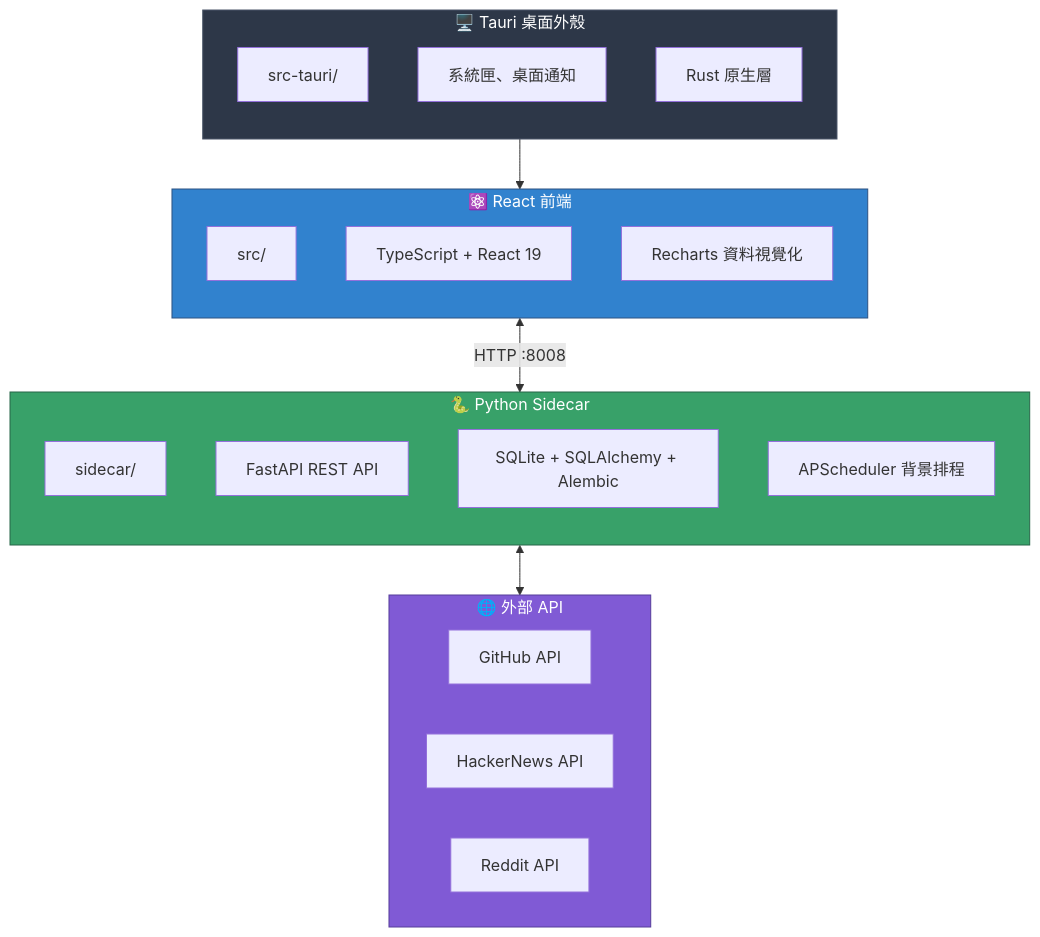
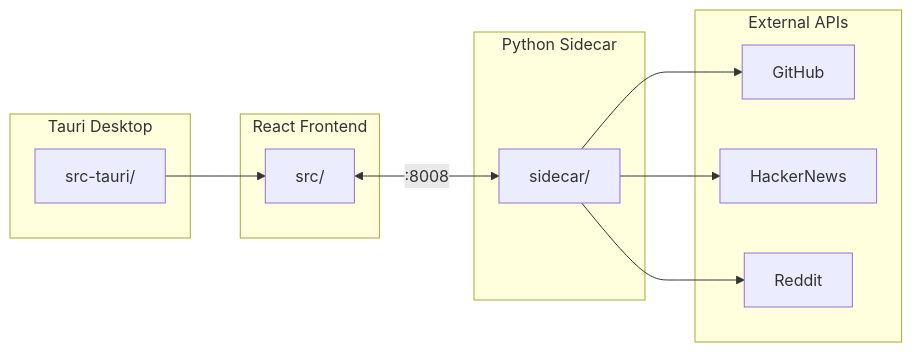
One commit to Neal75418/StarScope changed the diagram in CLAUDE.md. Above: the diagram before and after it, drawn with Mermaid. The commit also changed 86 other files, not shown here.

````diff
--- a/CLAUDE.md
+++ b/CLAUDE.md
@@ -19,40 +19,26 @@
 ```mermaid
-graph TB
-    subgraph Desktop["🖥️ Tauri 桌面外殼"]
-        direction TB
-        T1["src-tauri/"]
-        T2["系統匣、桌面通知"]
-        T3["Rust 原生層"]
+flowchart LR
+    subgraph Desktop["Tauri Desktop"]
+        T["src-tauri/"]
     end
 
-    subgraph Frontend["⚛️ React 前端"]
-        direction TB
-        F1["src/"]
-        F2["TypeScript + React 19"]
-        F3["Recharts 資料視覺化"]
+    subgraph Frontend["React Frontend"]
+        F["src/"]
     end
 
-    subgraph Backend["🐍 Python Sidecar"]
-        direction TB
-        B1["sidecar/"]
-        B2["FastAPI REST API"]
-        B3["SQLite + SQLAlchemy + Alembic"]
-        B4["APScheduler 背景排程"]
+    subgraph Backend["Python Sidecar"]
+        B["sidecar/"]
     end
 
-    subgraph External["🌐 外部 API"]
-        direction LR
-        E1["GitHub API"]
-        E2["HackerNews API"]
-        E3["Reddit API"]
+    subgraph APIs["External APIs"]
+        G["GitHub"]
+        H["HackerNews"]
+        R["Reddit"]
     end
 
-    Desktop --> Frontend
-    Frontend <-->|"HTTP :8008"| Backend
-    Backend <--> External
-
-    style Desktop fill:#2d3748,stroke:#4a5568,color:#fff
-    style Frontend fill:#3182ce,stroke:#2c5282,color:#fff
-    style Backend fill:#38a169,stroke:#276749,color:#fff
-    style External fill:#805ad5,stroke:#553c9a,color:#fff
+    T --> F
+    F <-->|":8008"| B
+    B --> G
+    B --> H
+    B --> R
 ```
````
